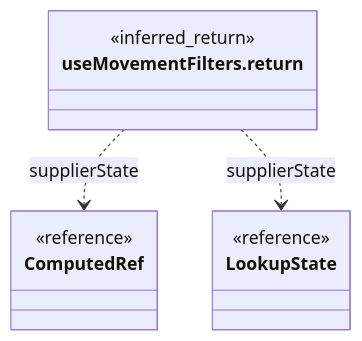
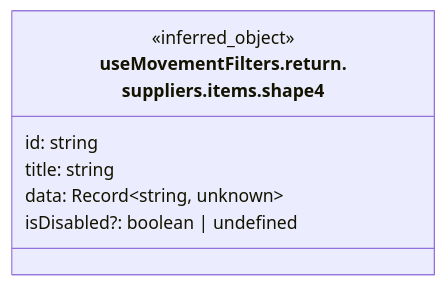
One commit to gpgsistemas01/nexus changed diagram 15 of 27 in front/docs/architecture/views/logical/type-reference/movements.md. Above: the diagram before and after it, drawn with Mermaid. The commit also changed other lines of this file and 37 other files, not shown here.

Commit message:
docs: depurar diagramas y conservar contratos propios del frontend

````diff
--- a/front/docs/architecture/views/logical/type-reference/movements.md
+++ b/front/docs/architecture/views/logical/type-reference/movements.md
@@ -473,15 +521,11 @@
 ```mermaid
 classDiagram
-    direction TB
-    class Subject["useMovementFilters.return"] {
-        <<inferred_return>>
+    direction LR
+    class Subject["useMovementFilters.return.<br/>suppliers.items.shape4"] {
+        <<inferred_object>>
+        id: string
+        title: string
+        data: Record~string, unknown~
+        isDisabled?: boolean | undefined
     }
-    class R0["ComputedRef"] {
-        <<reference>>
-    }
-    class R1["LookupState"] {
-        <<reference>>
-    }
-    Subject ..> R0 : supplierState
-    Subject ..> R1 : supplierState
 ```
````
